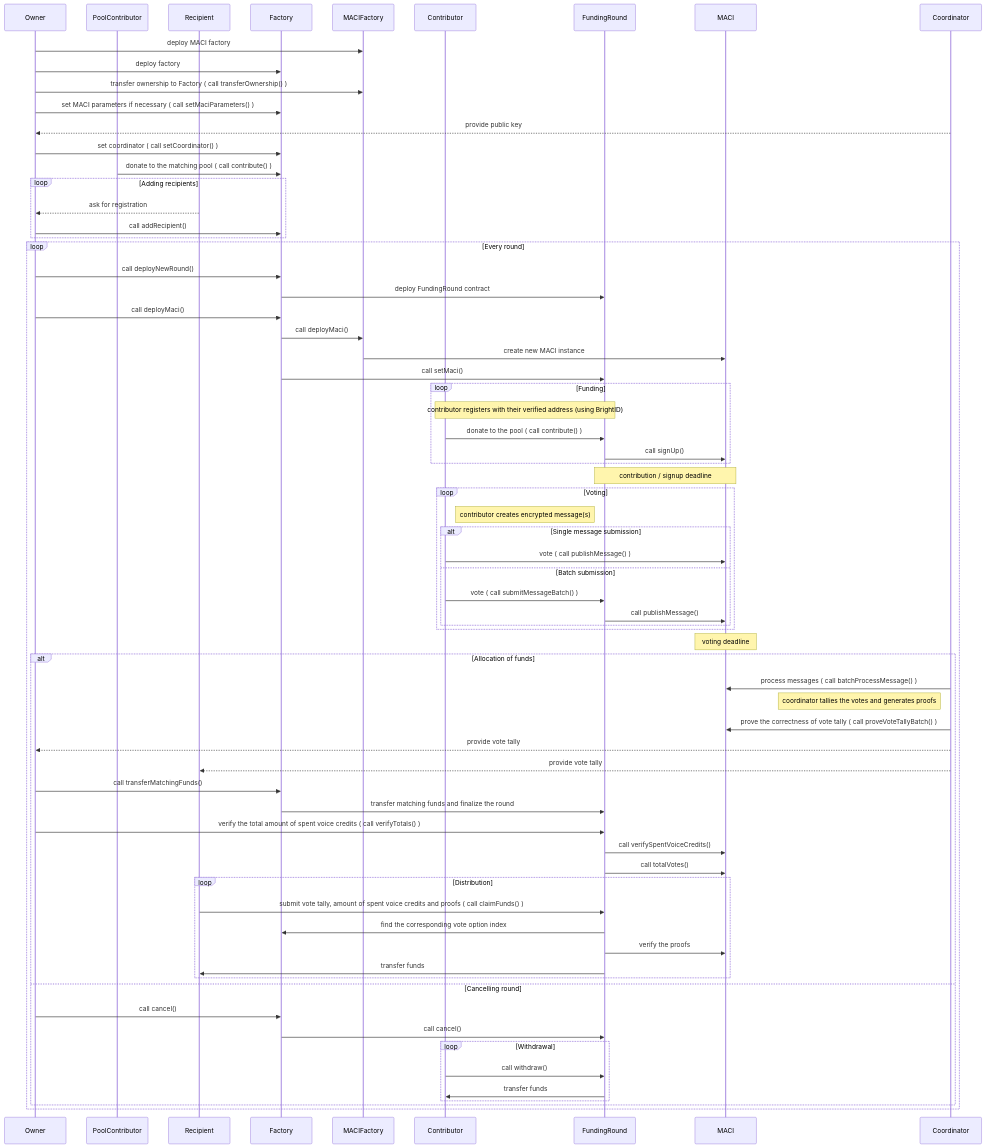
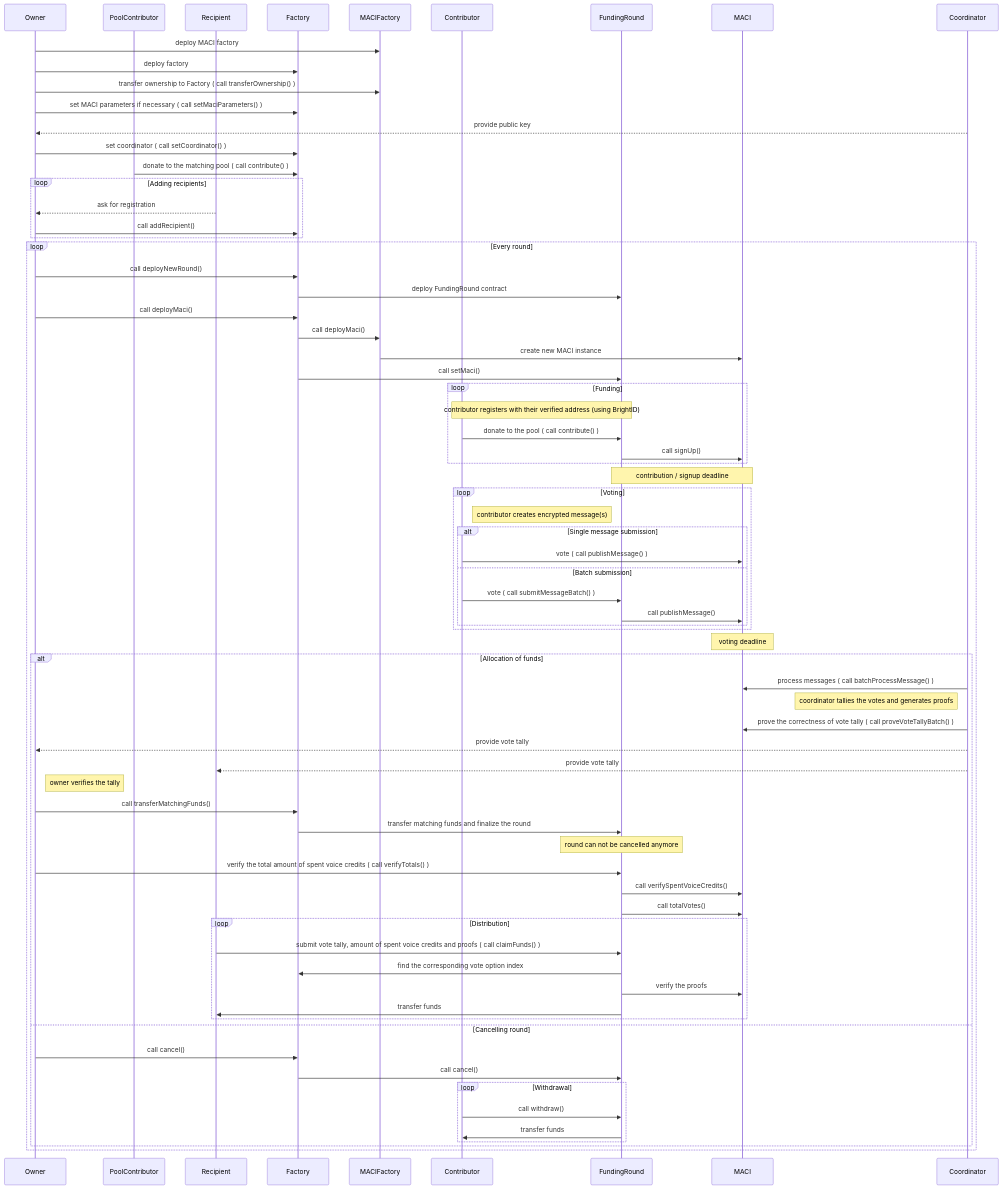
Before and after one commit to goldentechie/clrfund: the diagram in docs/clrfund.mmd, drawn with Mermaid. The commit also changed 3 other files, not shown here.

```diff
--- a/docs/clrfund.mmd
+++ b/docs/clrfund.mmd
@@ -1,82 +1,84 @@
 %% To render this diagram, paste the code into the live editor https://mermaid-js.github.io/mermaid-live-editor/ or use Mermaid CLI
 
 sequenceDiagram
     participant Owner
     participant PoolContributor
     participant Recipient
     participant Factory
     participant MACIFactory
     participant Contributor
     participant FundingRound
     participant MACI
     participant Coordinator
     
     Owner ->> MACIFactory: deploy MACI factory
     Owner ->> Factory: deploy factory
     Owner ->> MACIFactory: transfer ownership to Factory ( call transferOwnership() )
     Owner ->> Factory: set MACI parameters if necessary ( call setMaciParameters() )
     Coordinator -->> Owner: provide public key
     Owner ->> Factory: set coordinator ( call setCoordinator() )
     PoolContributor ->> Factory: donate to the matching pool ( call contribute() )
 
     loop Adding recipients
         Recipient -->> Owner: ask for registration
         Owner ->> Factory: call addRecipient()
     end
     
     loop Every round
         Owner ->> Factory: call deployNewRound()
         Factory ->> FundingRound: deploy FundingRound contract
         Owner ->> Factory: call deployMaci()
         Factory ->> MACIFactory: call deployMaci()
         MACIFactory ->> MACI: create new MACI instance
         Factory ->> FundingRound: call setMaci()
         
         loop Funding
             Note over Contributor, FundingRound: contributor registers with their verified address (using BrightID)
             Contributor ->> FundingRound: donate to the pool ( call contribute() )
             FundingRound ->> MACI: call signUp()
         end
         
         Note over FundingRound, MACI: contribution / signup deadline
         
         loop Voting
             Note right of Contributor: contributor creates encrypted message(s)
             alt Single message submission
                 Contributor ->> MACI: vote ( call publishMessage() )
             else Batch submission
                 Contributor ->> FundingRound: vote ( call submitMessageBatch() )
                 FundingRound ->> MACI: call publishMessage()
             end
         end
         
         Note over MACI: voting deadline
 
         alt Allocation of funds
             Coordinator ->> MACI: process messages ( call batchProcessMessage() )
             Note left of Coordinator: coordinator tallies the votes and generates proofs
             Coordinator ->> MACI: prove the correctness of vote tally ( call proveVoteTallyBatch() )
             Coordinator -->> Owner: provide vote tally
             Coordinator -->> Recipient: provide vote tally
+            Note right of Owner: owner verifies the tally
             Owner ->> Factory: call transferMatchingFunds()
             Factory ->> FundingRound: transfer matching funds and finalize the round
+            Note over FundingRound: round can not be cancelled anymore
             Owner ->> FundingRound: verify the total amount of spent voice credits ( call verifyTotals() )
             FundingRound ->> MACI: call verifySpentVoiceCredits()
             FundingRound ->> MACI: call totalVotes()
 
             loop Distribution
                 Recipient ->> FundingRound: submit vote tally, amount of spent voice credits and proofs ( call claimFunds() )
                 FundingRound ->> Factory: find the corresponding vote option index
                 FundingRound ->> MACI: verify the proofs
                 FundingRound ->> Recipient: transfer funds
             end
         else Cancelling round
             Owner ->> Factory: call cancel()
             Factory ->> FundingRound: call cancel()
 
             loop Withdrawal
                 Contributor ->> FundingRound: call withdraw()
                 FundingRound ->> Contributor: transfer funds
             end
         end
     end
```
